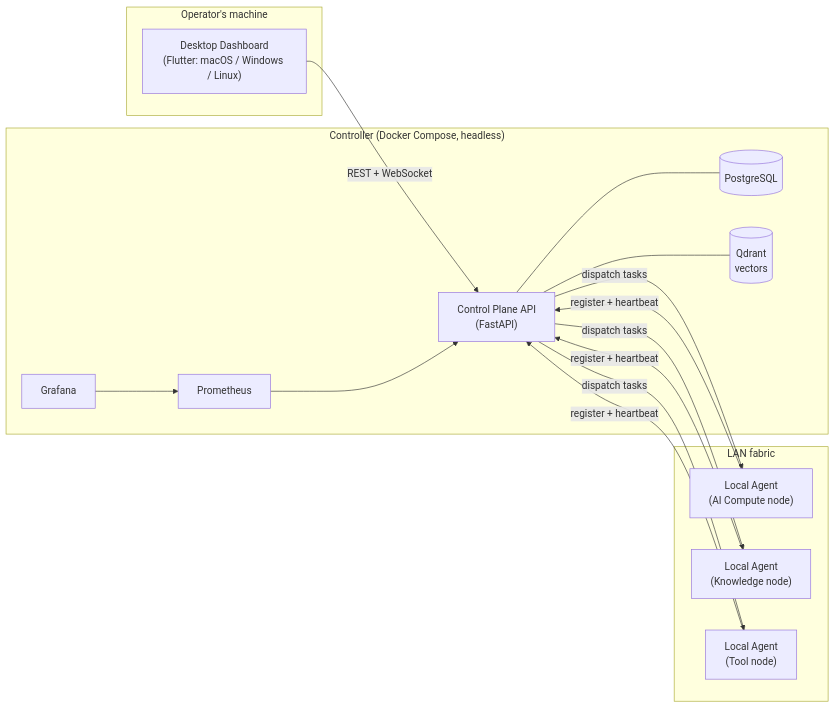
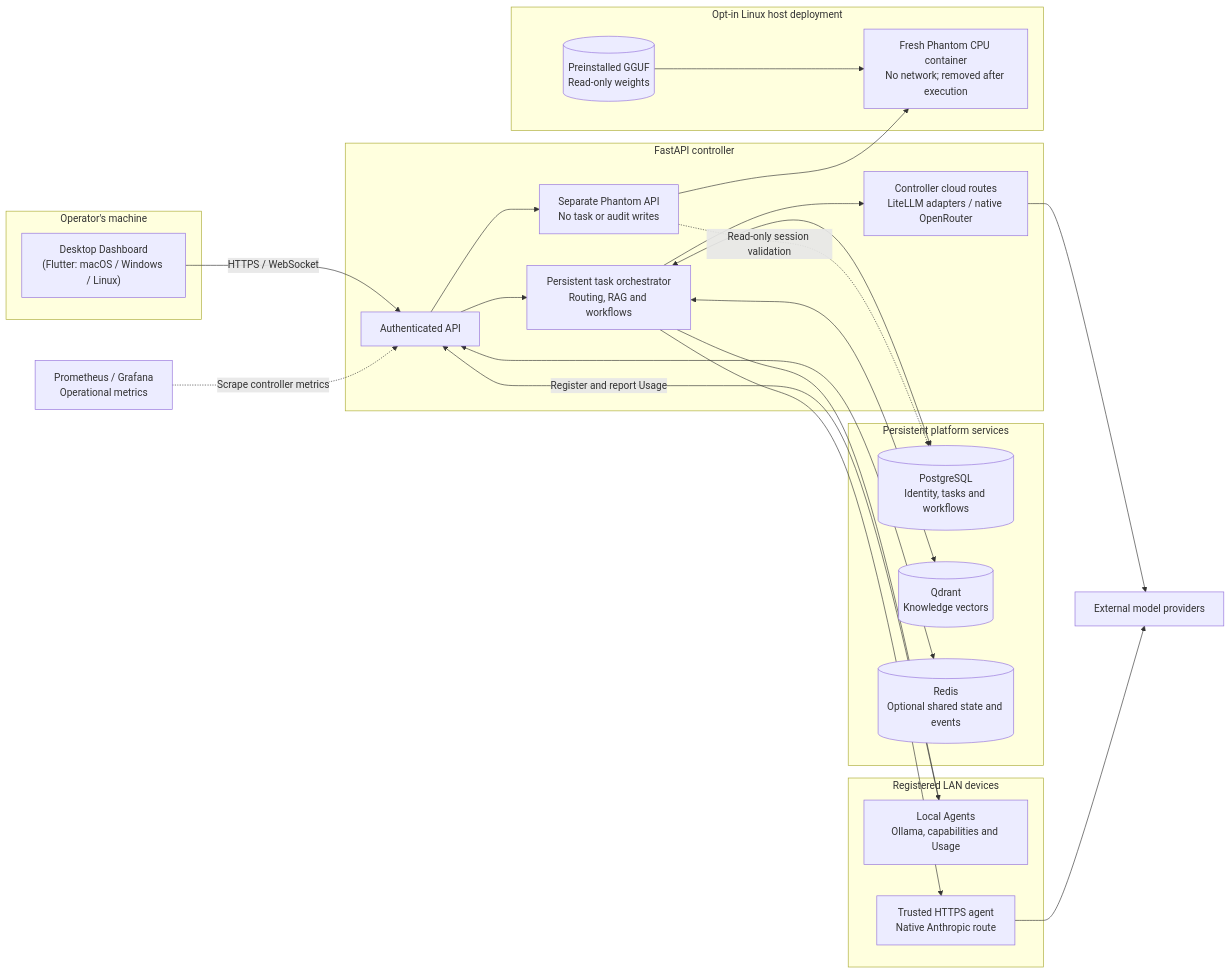
The diagram in README.md (abdra7/Lycosa), drawn with Mermaid before and after one commit. The commit also changed other lines of this file, not shown here.

Commit message:
docs: Refresh Lycosa identity, features and execution architecture (#49)

````diff
--- a/README.md
+++ b/README.md
@@ -50,28 +100,49 @@
 ```mermaid
 flowchart LR
     subgraph operator["Operator's machine"]
         DASH["Desktop Dashboard\n(Flutter: macOS / Windows / Linux)"]
     end
 
-    subgraph controller["Controller (Docker Compose, headless)"]
-        API["Control Plane API\n(FastAPI)"]
-        PG[(PostgreSQL)]
-        QD[(Qdrant\nvectors)]
-        PROM[Prometheus]
-        GRAF[Grafana]
+    subgraph controller["FastAPI controller"]
+        API["Authenticated API"]
+        TASK["Persistent task orchestrator\nRouting, RAG and workflows"]
+        PROVIDERS["Controller cloud routes\nLiteLLM adapters / native OpenRouter"]
+        PHANTOM["Separate Phantom API\nNo task or audit writes"]
     end
 
-    subgraph fabric["LAN fabric"]
-        A1["Local Agent\n(AI Compute node)"]
-        A2["Local Agent\n(Knowledge node)"]
-        A3["Local Agent\n(Tool node)"]
+    subgraph data["Persistent platform services"]
+        PG[("PostgreSQL\nIdentity, tasks and workflows")]
+        QD[("Qdrant\nKnowledge vectors")]
+        REDIS[("Redis\nOptional shared state and events")]
     end
 
-    DASH -- "REST + WebSocket" --> API
-    API --- PG
-    API --- QD
-    PROM --> API
-    GRAF --> PROM
-    A1 & A2 & A3 -- "register + heartbeat" --> API
-    API -- "dispatch tasks" --> A1 & A2 & A3
+    subgraph fabric["Registered LAN devices"]
+        LOCAL["Local Agents\nOllama, capabilities and Usage"]
+        TRUSTED["Trusted HTTPS agent\nNative Anthropic route"]
+    end
+
+    subgraph isolated["Opt-in Linux host deployment"]
+        WORKER["Fresh Phantom CPU container\nNo network; removed after execution"]
+        MODEL[("Preinstalled GGUF\nRead-only weights")]
+    end
+
+    CLOUD["External model providers"]
+    OBS["Prometheus / Grafana\nOperational metrics"]
+
+    DASH -- "HTTPS / WebSocket" --> API
+    API --> TASK
+    API --> PHANTOM
+    TASK <--> PG
+    TASK <--> QD
+    API <--> REDIS
+    TASK --> LOCAL
+    TASK --> TRUSTED
+    TASK --> PROVIDERS
+    PROVIDERS --> CLOUD
+    TRUSTED --> CLOUD
+    LOCAL -- "Register and report Usage" --> API
+    PHANTOM -. "Read-only session validation" .-> PG
+    PHANTOM --> WORKER
+    MODEL --> WORKER
+    OBS -. "Scrape controller metrics" .-> API
 ```
````
